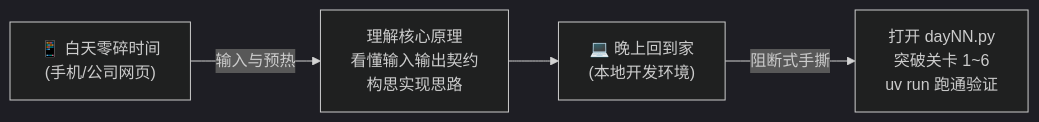
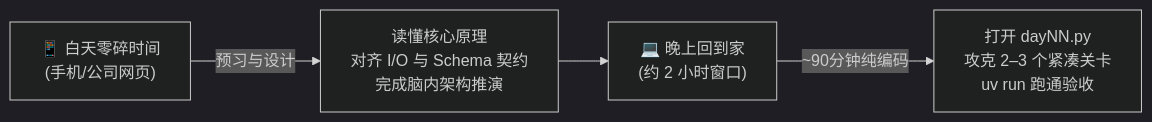
The diagram in learning/index.md (Zhongvsky/AgentGuide), drawn with Mermaid (dark theme) before and after one commit. The commit also changed other lines of this file and 5 other files, not shown here.

Commit message:
docs: restructure Day 18-60 roadmap and nightly 90min generation rules

````diff
--- a/learning/index.md
+++ b/learning/index.md
@@ -10,6 +10,6 @@
 ```mermaid
 flowchart LR
-    A["📱 白天零碎时间<br/>(手机/公司网页)"] -->|"输入与预热"| B["理解核心原理<br/>看懂输入输出契约<br/>构思实现思路"]
-    B --> C["💻 晚上回到家<br/>(本地开发环境)"]
-    C -->|"阻断式手撕"| D["打开 dayNN.py<br/>突破关卡 1~6<br/>uv run 跑通验证"]
+    A["📱 白天零碎时间<br/>(手机/公司网页)"] -->|"预习与设计"| B["读懂核心原理<br/>对齐 I/O 与 Schema 契约<br/>完成脑内架构推演"]
+    B --> C["💻 晚上回到家<br/>(约 2 小时窗口)"]
+    C -->|"~90分钟纯编码"| D["打开 dayNN.py<br/>攻克 2–3 个紧凑关卡<br/>uv run 跑通验收"]
 ```
````
